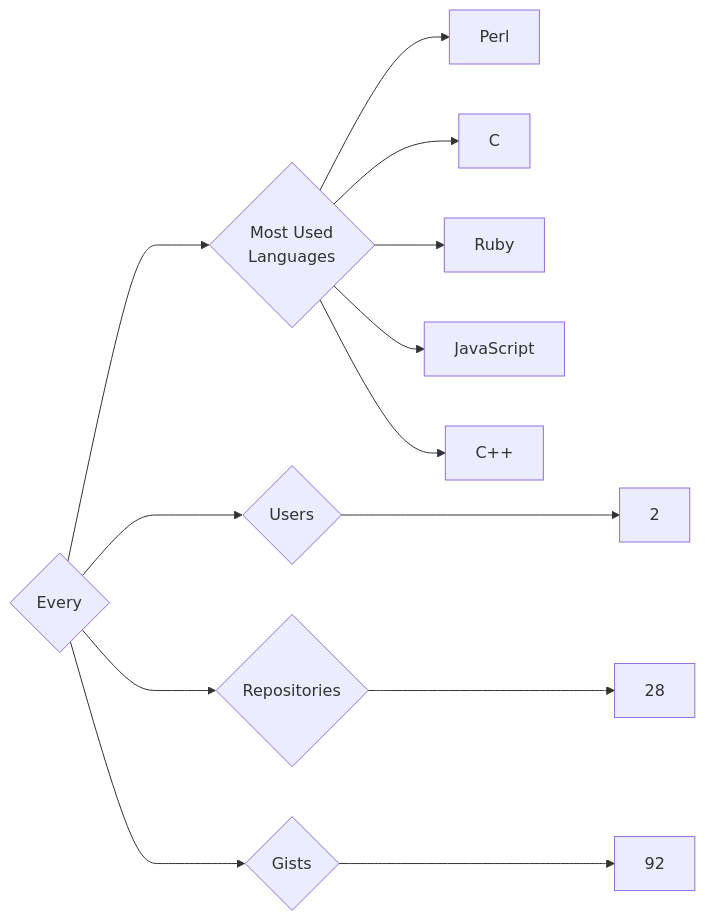
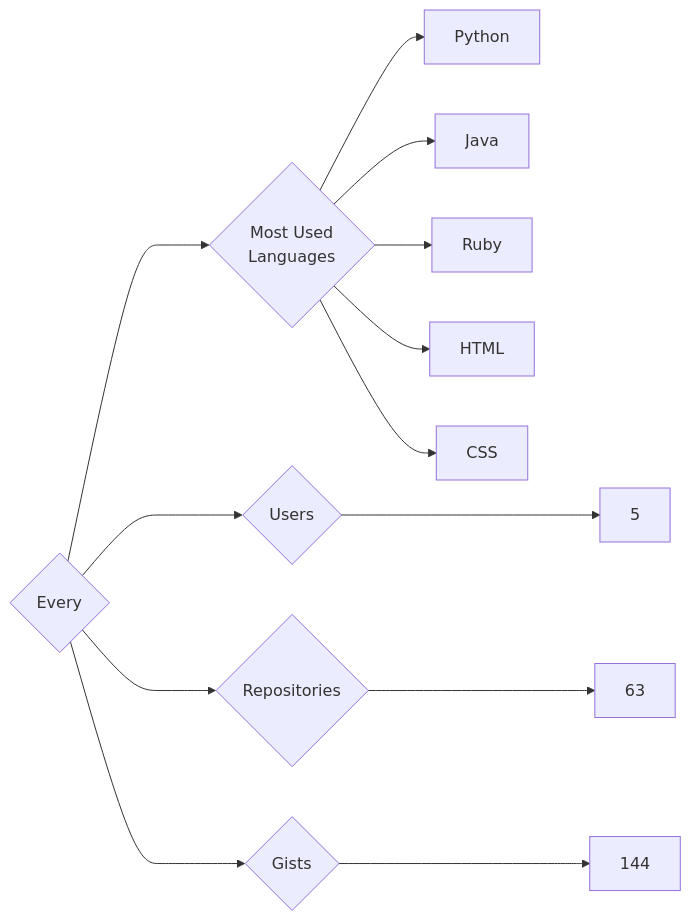
One commit to trickest/insiders changed the diagram in targets/Every/README.md. Above: the diagram before and after it, drawn with Mermaid. The commit also changed 840 other files, not shown here.

````diff
--- a/targets/Every/README.md
+++ b/targets/Every/README.md
@@ -3,13 +3,13 @@
 ```mermaid
 graph LR
 COMPANY_NAME{Every}
-COMPANY_NAME ---> U{Users} ---> UN[2]
-COMPANY_NAME ---> R{Repositories} ---> RN[28]
-COMPANY_NAME ---> G{Gists} ---> GN[92]
+COMPANY_NAME ---> U{Users} ---> UN[5]
+COMPANY_NAME ---> R{Repositories} ---> RN[63]
+COMPANY_NAME ---> G{Gists} ---> GN[144]
 COMPANY_NAME ---> ML{Most Used<br>Languages}
-ML --> Perl[Perl]
-ML --> C[C]
+ML --> Python[Python]
+ML --> Java[Java]
 ML --> Ruby[Ruby]
-ML --> JavaScript[JavaScript]
-ML --> C++[C++]
+ML --> HTML[HTML]
+ML --> CSS[CSS]
 ```
````
